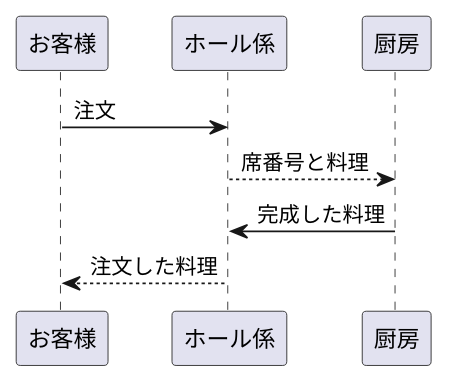
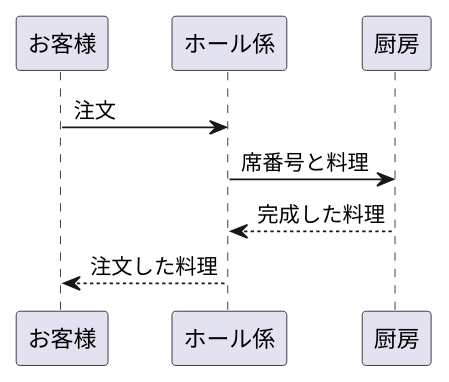
Before and after one commit to masatokg/2021sys-design: the diagram in test3.md, drawn with PlantUML.

````diff
--- a/test3.md
+++ b/test3.md
@@ -1,8 +1,8 @@
 ```uml
 @startuml
 お客様 -> ホール係 : 注文
-ホール係 --> 厨房 : 席番号と料理
-厨房 -> ホール係: 完成した料理
+ホール係 -> 厨房 : 席番号と料理
+厨房 --> ホール係: 完成した料理
 ホール係 --> お客様 : 注文した料理
 @enduml
 ```
````
